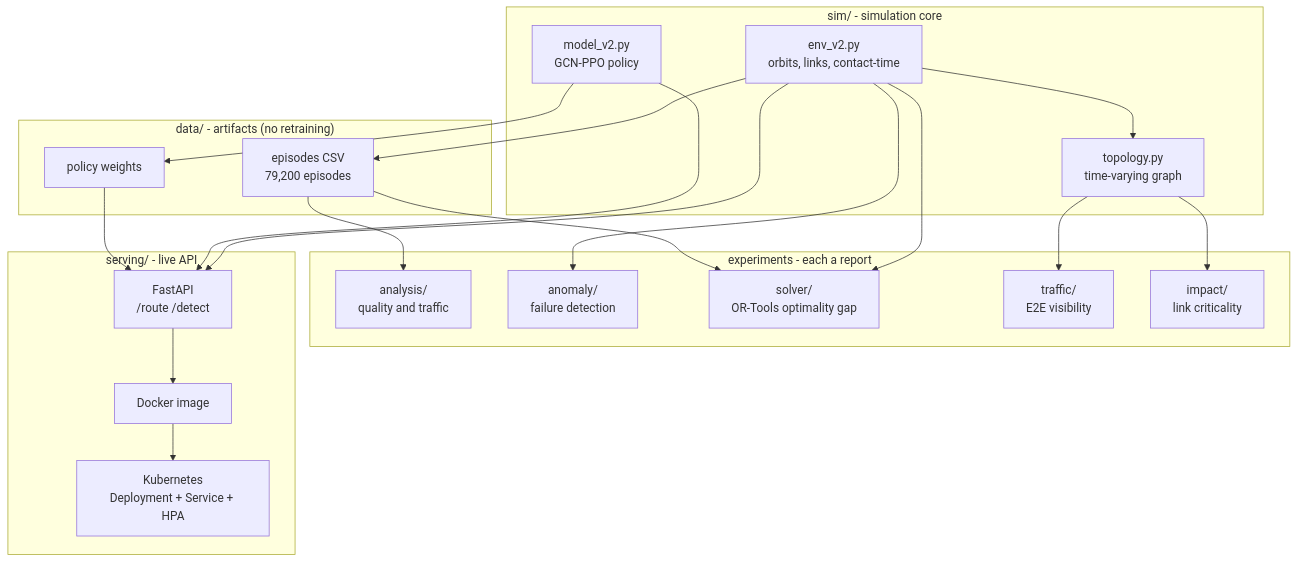
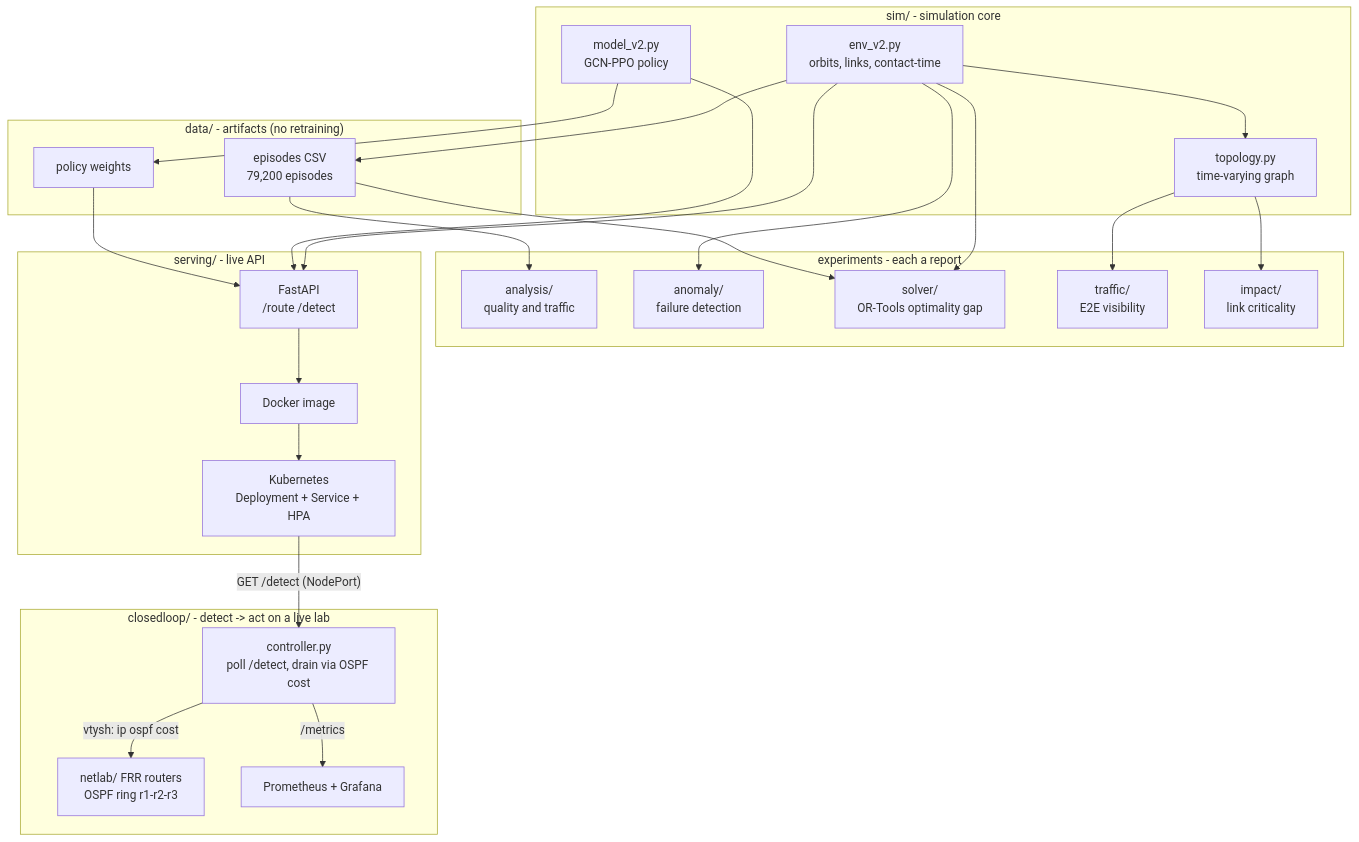
One commit to junghyun-han/AI-Network-Routing changed the diagram in docs/ARCHITECTURE.md. Above: the diagram before and after it, drawn with Mermaid. The commit also changed other lines of this file and 12 other files, not shown here.

````diff
--- a/docs/ARCHITECTURE.md
+++ b/docs/ARCHITECTURE.md
@@ -14,41 +14,50 @@
 ```mermaid
 flowchart TB
     subgraph core["sim/ - simulation core"]
         ENV["env_v2.py<br/>orbits, links, contact-time"]
         MODEL["model_v2.py<br/>GCN-PPO policy"]
         TOPO["topology.py<br/>time-varying graph"]
     end
 
     subgraph data["data/ - artifacts (no retraining)"]
         CSV["episodes CSV<br/>79,200 episodes"]
         W["policy weights"]
     end
 
     subgraph exp["experiments - each a report"]
         AN["analysis/<br/>quality and traffic"]
         AD["anomaly/<br/>failure detection"]
         SV["solver/<br/>OR-Tools optimality gap"]
         TR["traffic/<br/>E2E visibility"]
         IM["impact/<br/>link criticality"]
     end
 
     subgraph serve["serving/ - live API"]
         API["FastAPI<br/>/route /detect"]
         DOCK["Docker image"]
         K8S["Kubernetes<br/>Deployment + Service + HPA"]
     end
 
     ENV --> TOPO
     ENV --> CSV
     MODEL --> W
     CSV --> AN
     ENV --> AD
     ENV --> SV
     CSV --> SV
     TOPO --> TR
     TOPO --> IM
+    subgraph loop["closedloop/ - detect -> act on a live lab"]
+        CTRL["controller.py<br/>poll /detect, drain via OSPF cost"]
+        LAB["netlab/ FRR routers<br/>OSPF ring r1-r2-r3"]
+        MON["Prometheus + Grafana"]
+    end
+
     ENV --> API
     MODEL --> API
     W --> API
     API --> DOCK --> K8S
+    K8S -- "GET /detect (NodePort)" --> CTRL
+    CTRL -- "vtysh: ip ospf cost" --> LAB
+    CTRL -- "/metrics" --> MON
 ```
````
